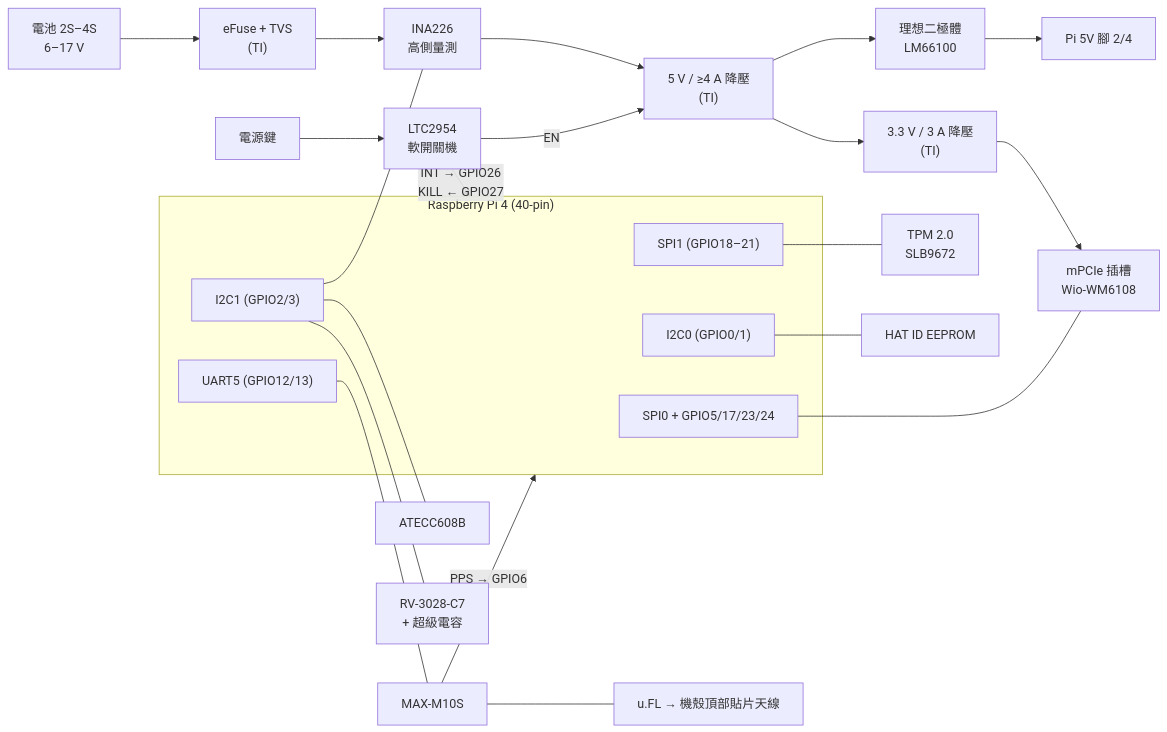
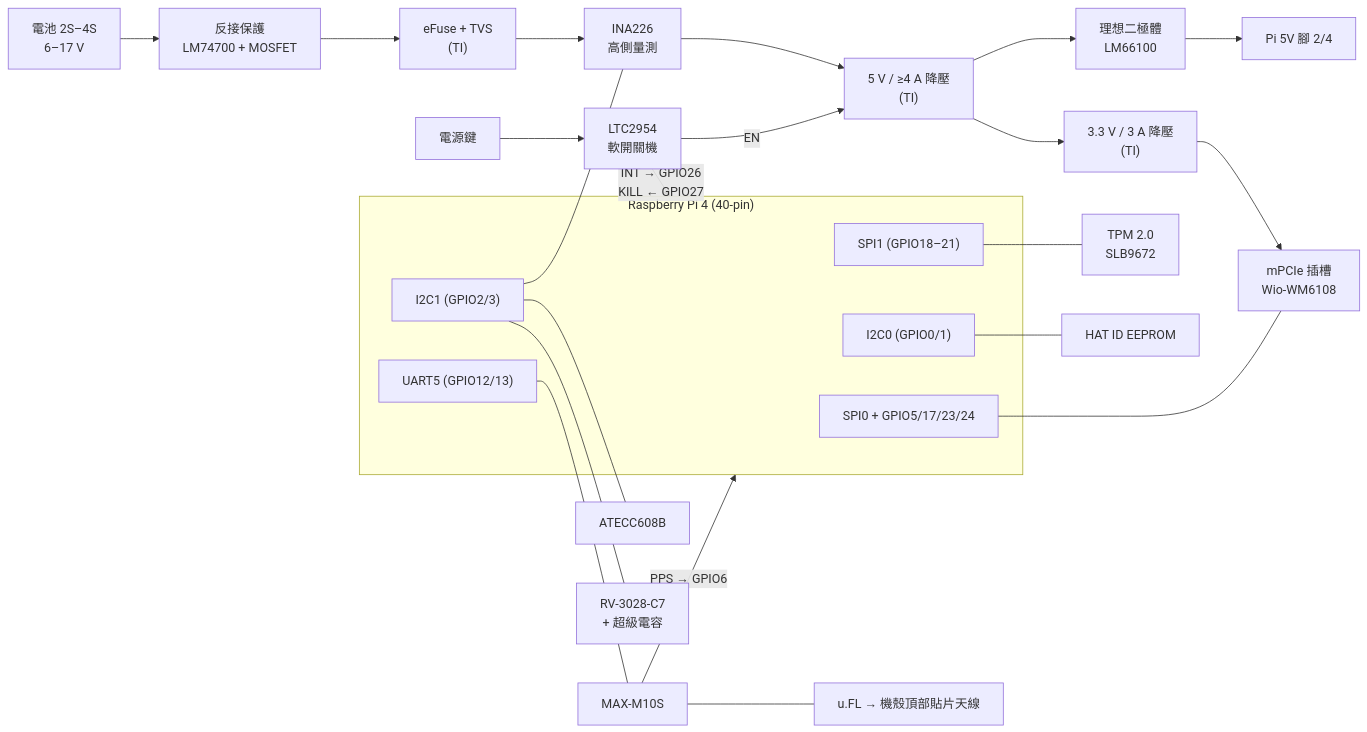
The diagram in docs/design/hat-v1-spec.md (winson3QQ/Batman), drawn with Mermaid before and after one commit. The commit also changed other lines of this file, not shown here.

````diff
--- a/docs/design/hat-v1-spec.md
+++ b/docs/design/hat-v1-spec.md
@@ -38,23 +38,23 @@
 ```mermaid
 flowchart LR
-  BAT["電池 2S–4S<br/>6–17 V"] --> EF["eFuse + TVS<br/>(TI)"] --> INA["INA226<br/>高側量測"] --> BUCK5["5 V / ≥4 A 降壓<br/>(TI)"]
+  BAT["電池 2S–4S<br/>6–17 V"] --> REV["反接保護<br/>LM74700 + MOSFET"] --> EF["eFuse + TVS<br/>(TI)"] --> INA["INA226<br/>高側量測"] --> BUCK5["5 V / ≥4 A 降壓<br/>(TI)"]
   BUCK5 --> IDD["理想二極體<br/>LM66100"] --> PI5V["Pi 5V 腳 2/4"]
   BUCK5 --> BUCK33["3.3 V / 3 A 降壓<br/>(TI)"] --> MPCIE["mPCIe 插槽<br/>Wio-WM6108"]
   BTN["電源鍵"] --> LTC["LTC2954<br/>軟開關機"] -->|EN| BUCK5
   LTC -->|INT → GPIO26<br/>KILL ← GPIO27| PI
   subgraph PI["Raspberry Pi 4 (40-pin)"]
     SPI0["SPI0 + GPIO5/17/23/24"]
     SPI1["SPI1 (GPIO18–21)"]
     I2C1["I2C1 (GPIO2/3)"]
     I2C0["I2C0 (GPIO0/1)"]
     UART5["UART5 (GPIO12/13)"]
   end
   SPI0 --- MPCIE
   SPI1 --- TPM["TPM 2.0<br/>SLB9672"]
   I2C1 --- ATECC["ATECC608B"]
   I2C1 --- RTC["RV-3028-C7<br/>+ 超級電容"]
   I2C1 --- INA
   I2C0 --- EEP["HAT ID EEPROM"]
   UART5 --- GNSS["MAX-M10S"] --- UFL["u.FL → 機殼頂部貼片天線"]
   GNSS -->|PPS → GPIO6| PI
 ```
````
